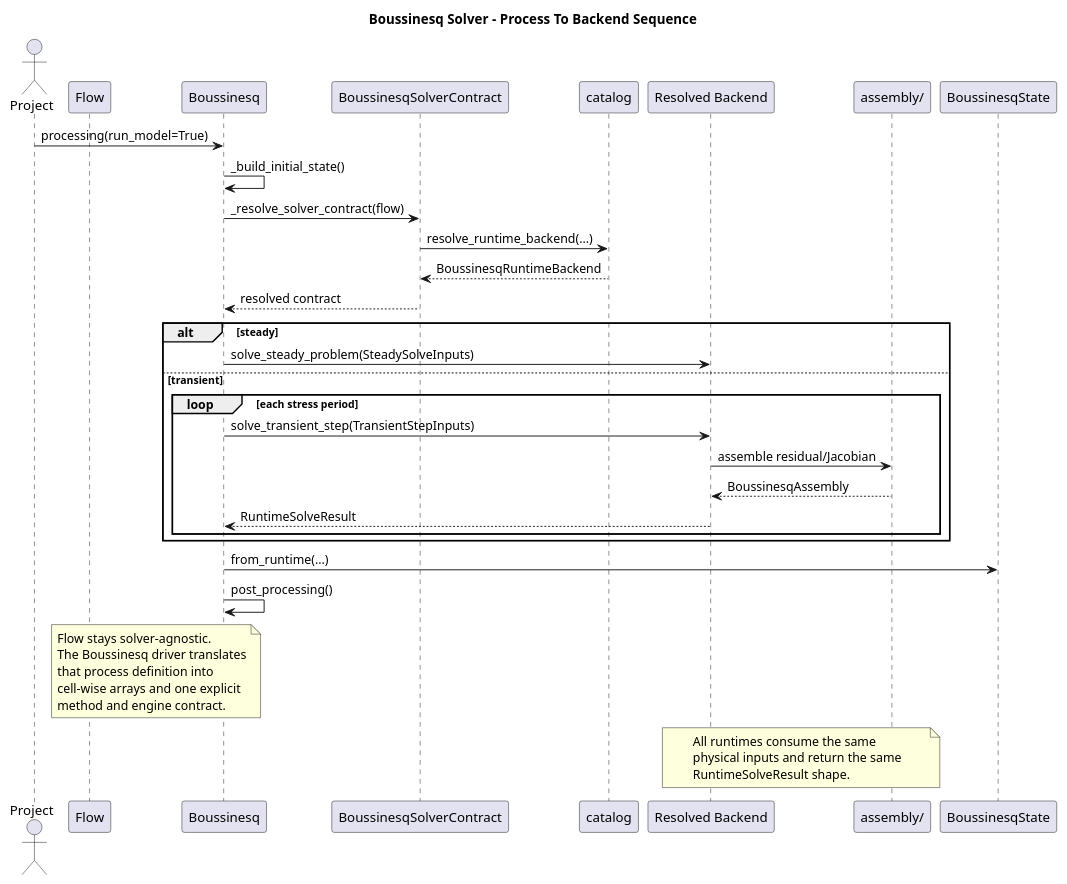
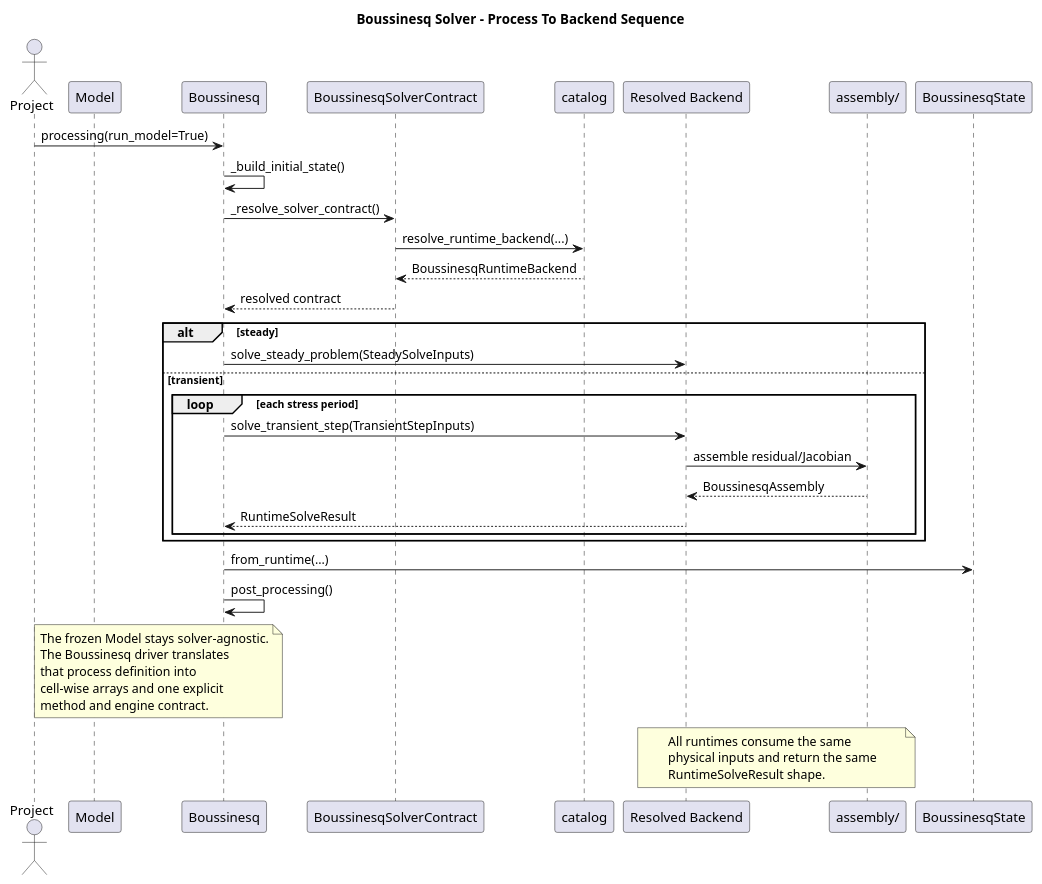
The diagram in docs/source/contribute/architecture/solver/diagrams/boussinesq_process_to_backend_sequence.wsd (HydroModPy/HydroModPy), drawn with PlantUML before and after one commit. The commit also changed 296 other files, not shown here.

Commit message:
feat(model): freeze the Model contract and its factories

```diff
--- a/docs/source/contribute/architecture/solver/diagrams/boussinesq_process_to_backend_sequence.wsd
+++ b/docs/source/contribute/architecture/solver/diagrams/boussinesq_process_to_backend_sequence.wsd
@@ -1,48 +1,48 @@
 @startuml
 title Boussinesq Solver - Process To Backend Sequence
 
 actor Project
-participant Flow
+participant Model
 participant "Boussinesq" as Solver
 participant "BoussinesqSolverContract" as Contract
 participant "catalog" as Selection
 participant "Resolved Backend" as Backend
 participant "assembly/" as Assembly
 participant "BoussinesqState" as State
 
 Project -> Solver : processing(run_model=True)
 Solver -> Solver : _build_initial_state()
-Solver -> Contract : _resolve_solver_contract(flow)
+Solver -> Contract : _resolve_solver_contract()
 Contract -> Selection : resolve_runtime_backend(...)
 Selection --> Contract : BoussinesqRuntimeBackend
 Contract --> Solver : resolved contract
 
 alt steady
   Solver -> Backend : solve_steady_problem(SteadySolveInputs)
 else transient
   loop each stress period
     Solver -> Backend : solve_transient_step(TransientStepInputs)
     Backend -> Assembly : assemble residual/Jacobian
     Assembly --> Backend : BoussinesqAssembly
     Backend --> Solver : RuntimeSolveResult
   end
 end
 
 Solver -> State : from_runtime(...)
 Solver -> Solver : post_processing()
 
-note over Flow, Solver
-Flow stays solver-agnostic.
+note over Model, Solver
+The frozen Model stays solver-agnostic.
 The Boussinesq driver translates
 that process definition into
 cell-wise arrays and one explicit
 method and engine contract.
 end note
 
 note over Backend, Assembly
 All runtimes consume the same
 physical inputs and return the same
 RuntimeSolveResult shape.
 end note
 
 @enduml
```
